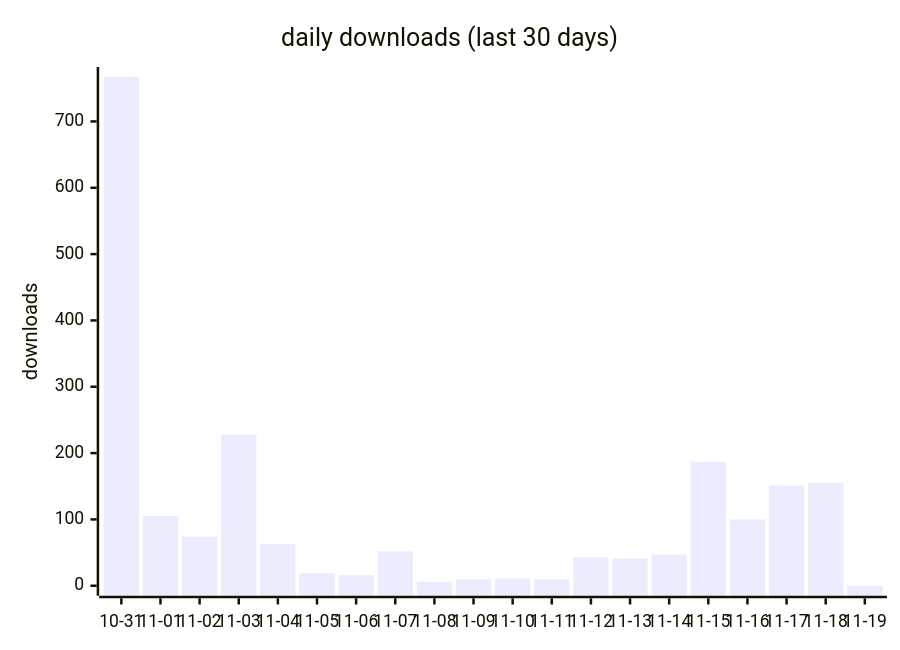
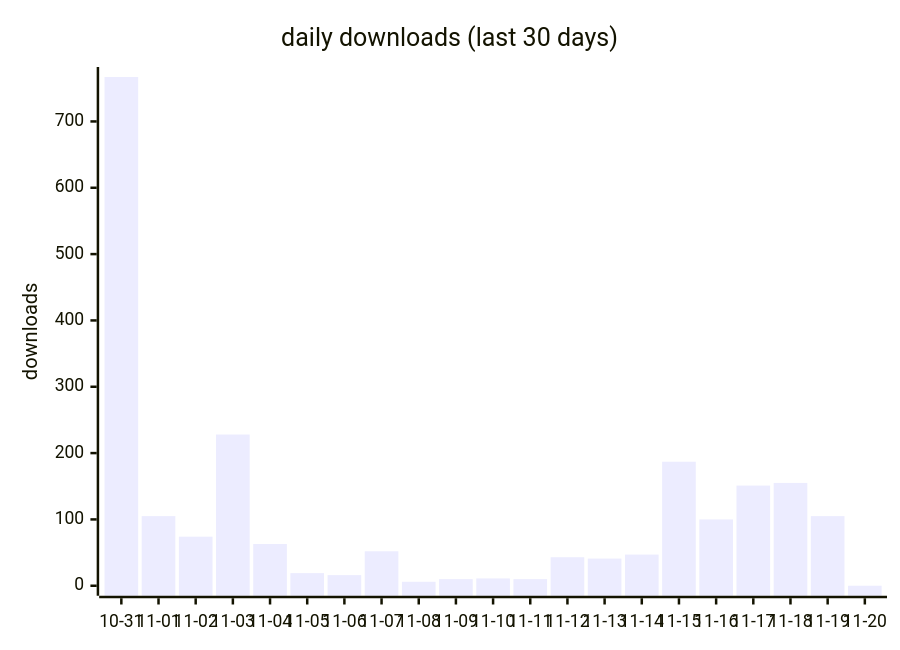
Before and after one commit to terry2010/opencode-loop-recover: the first of 2 diagrams in docs/downloads-2026.md, drawn with Mermaid. The commit also changed other lines of this file and 1 other file, not shown here.

````diff
--- a/docs/downloads-2026.md
+++ b/docs/downloads-2026.md
@@ -19,7 +19,7 @@
 ```mermaid
 xychart-beta
     title "daily downloads (last 30 days)"
-    x-axis ["10-31", "11-01", "11-02", "11-03", "11-04", "11-05", "11-06", "11-07", "11-08", "11-09", "11-10", "11-11", "11-12", "11-13", "11-14", "11-15", "11-16", "11-17", "11-18", "11-19"]
+    x-axis ["10-31", "11-01", "11-02", "11-03", "11-04", "11-05", "11-06", "11-07", "11-08", "11-09", "11-10", "11-11", "11-12", "11-13", "11-14", "11-15", "11-16", "11-17", "11-18", "11-19", "11-20"]
     y-axis "downloads" 0 --> 767
-    bar [767, 105, 74, 228, 63, 19, 16, 52, 6, 10, 11, 10, 43, 41, 47, 187, 100, 151, 155, 0]
+    bar [767, 105, 74, 228, 63, 19, 16, 52, 6, 10, 11, 10, 43, 41, 47, 187, 100, 151, 155, 105, 0]
 ```
````
